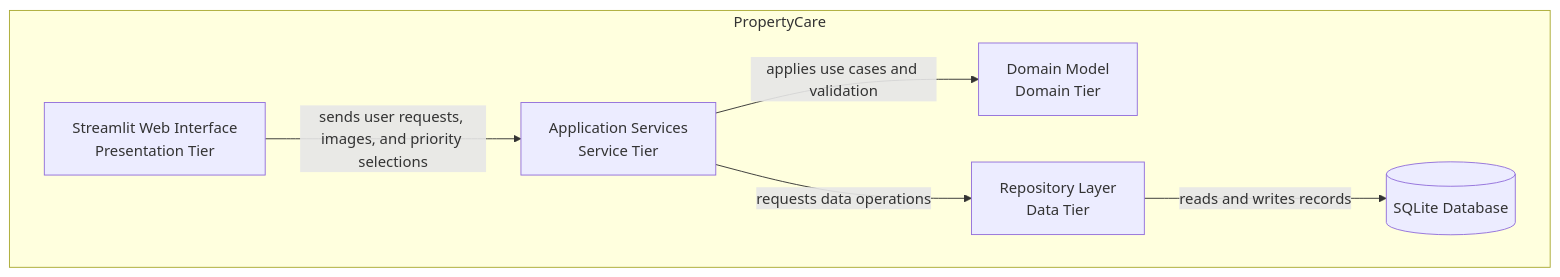
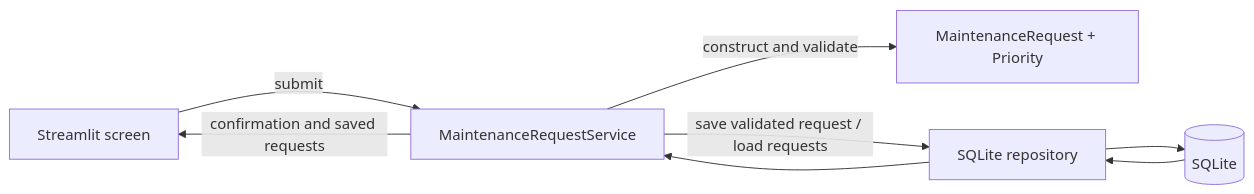
Before and after one commit to JaiKaushik03/cen5064-project-Jai: the diagram in README.md, drawn with Mermaid. The commit also changed other lines of this file and 4 other files, not shown here.

Commit message:
Document midterm architecture and setup with automated CI

````diff
--- a/README.md
+++ b/README.md
@@ -83,18 +84,10 @@
 ```mermaid
-flowchart TB
-
-    subgraph PropertyCareSystem [PropertyCare]
-
-        ui[Streamlit Web Interface<br/>Presentation Tier]
-        service[Application Services<br/>Service Tier]
-        domain[Domain Model<br/>Domain Tier]
-        data[Repository Layer<br/>Data Tier]
-        database[(SQLite Database)]
-
-        ui -->|sends user requests, images, and priority selections| service
-        service -->|applies use cases and validation| domain
-        service -->|requests data operations| data
-        data -->|reads and writes records| database
-
-    end
+flowchart LR
+    UI[Streamlit screen] -->|submit| S[MaintenanceRequestService]
+    S -->|construct and validate| D[MaintenanceRequest + Priority]
+    S -->|save validated request / load requests| R[SQLite repository]
+    R --> DB[(SQLite)]
+    DB --> R
+    R --> S
+    S -->|confirmation and saved requests| UI
 ```
````
